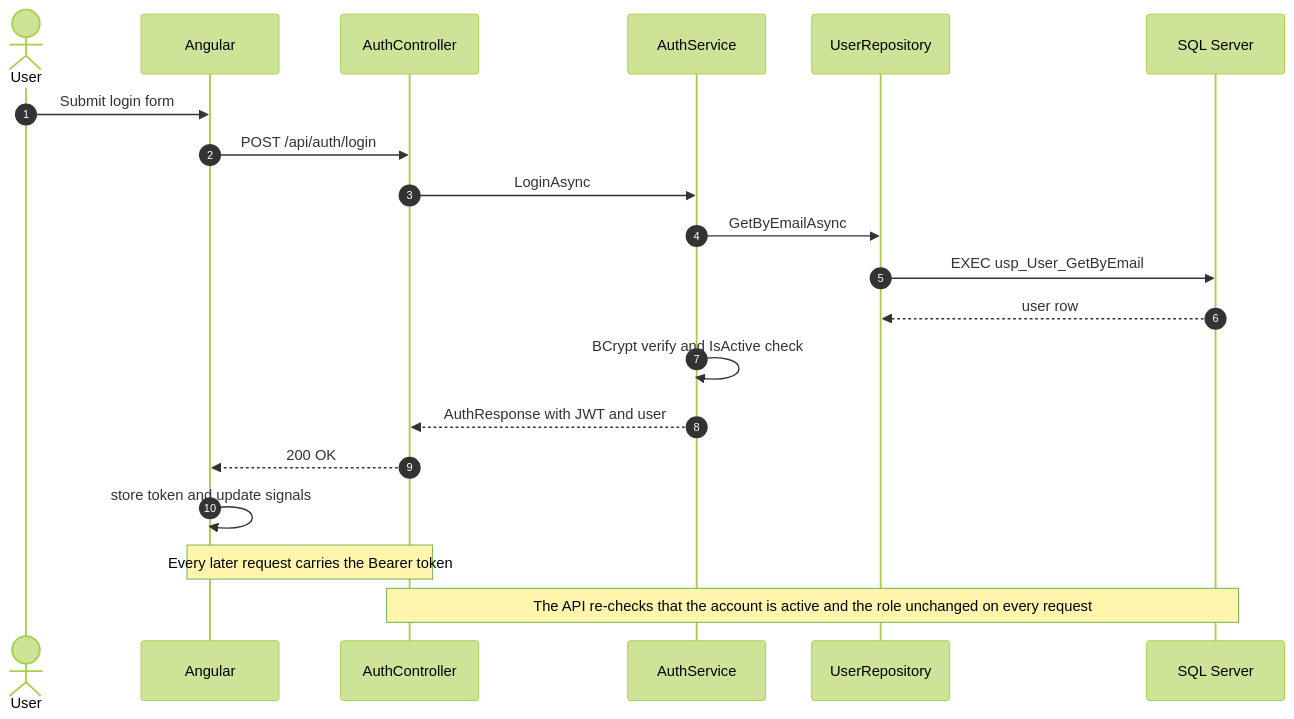
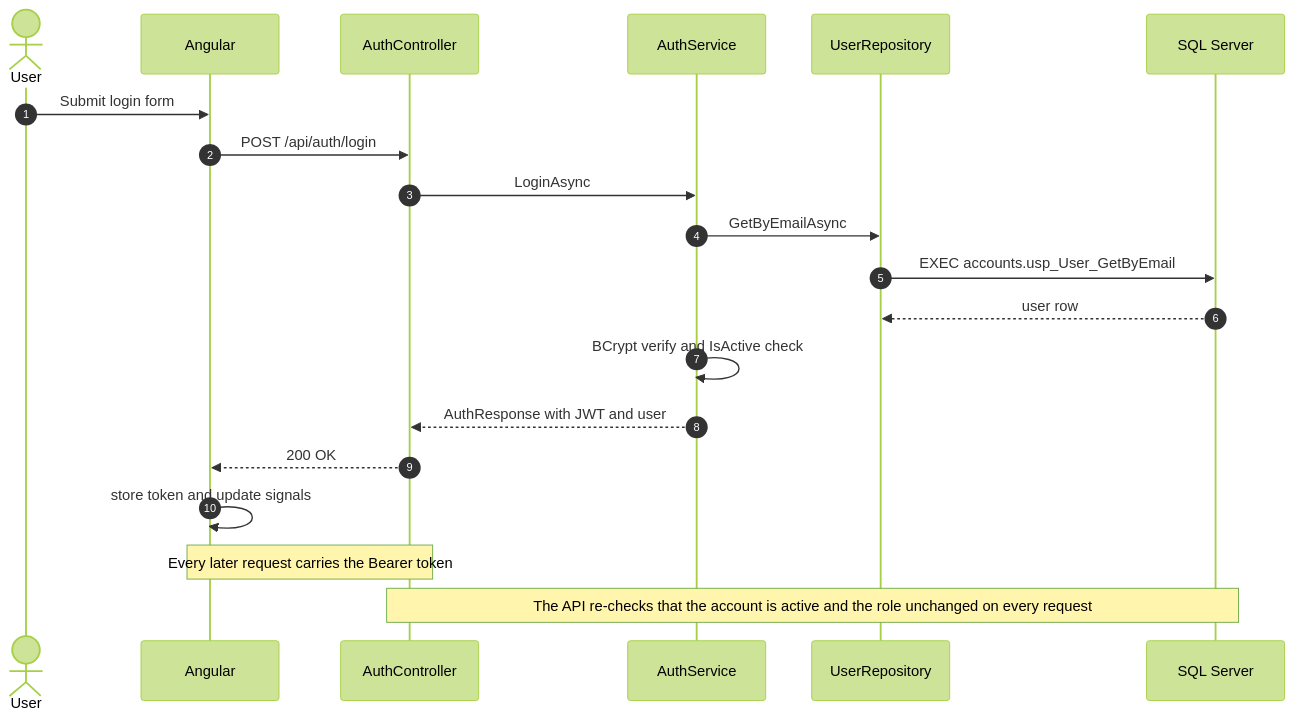
The fourth of 10 diagrams in docs/ARCHITECTURE.md (organizedanvrchy/Insurance-Full-Stack-App), drawn with Mermaid (forest theme) before and after one commit. The commit also changed other lines of this file and 67 other files, not shown here.

First line of the commit message:
Give each module its own SQL schema and compose across modules in C#

````diff
--- a/docs/ARCHITECTURE.md
+++ b/docs/ARCHITECTURE.md
@@ -95,22 +134,22 @@
 ```mermaid
 sequenceDiagram
     autonumber
     actor U as User
     participant A as Angular
     participant C as AuthController
     participant S as AuthService
     participant R as UserRepository
     participant D as SQL Server
     U->>A: Submit login form
     A->>C: POST /api/auth/login
     C->>S: LoginAsync
     S->>R: GetByEmailAsync
-    R->>D: EXEC usp_User_GetByEmail
+    R->>D: EXEC accounts.usp_User_GetByEmail
     D-->>R: user row
     S->>S: BCrypt verify and IsActive check
     S-->>C: AuthResponse with JWT and user
     C-->>A: 200 OK
     A->>A: store token and update signals
     Note over A,C: Every later request carries the Bearer token
     Note over C,D: The API re-checks that the account is active and the role unchanged on every request
 ```
````
